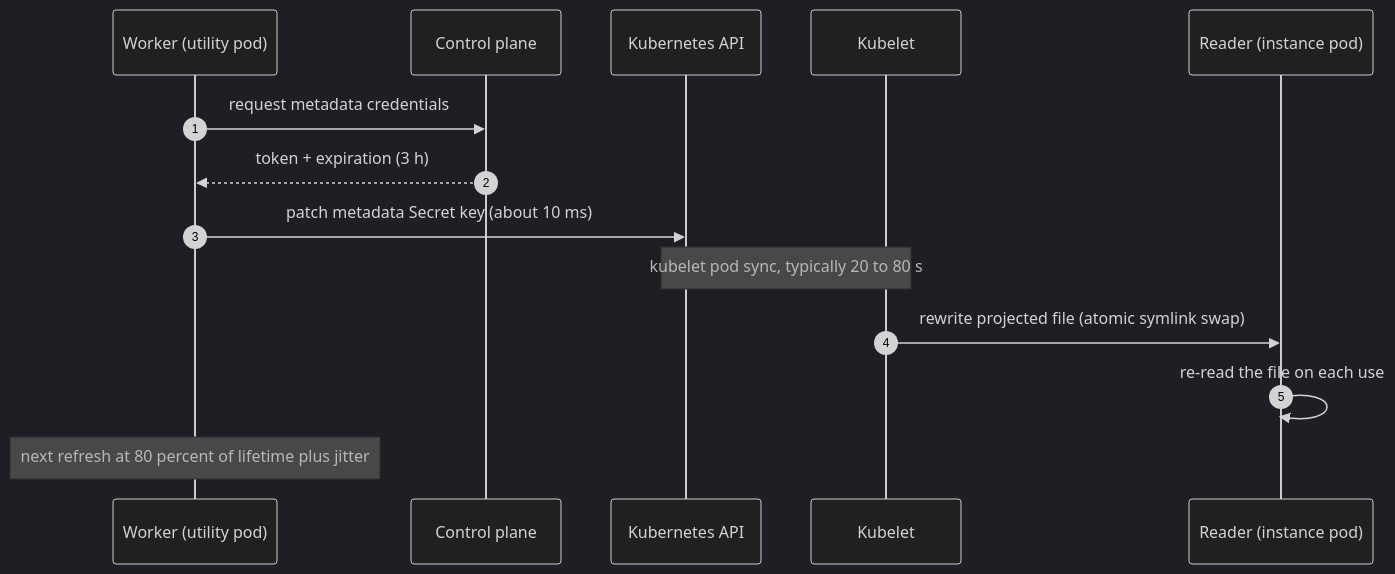
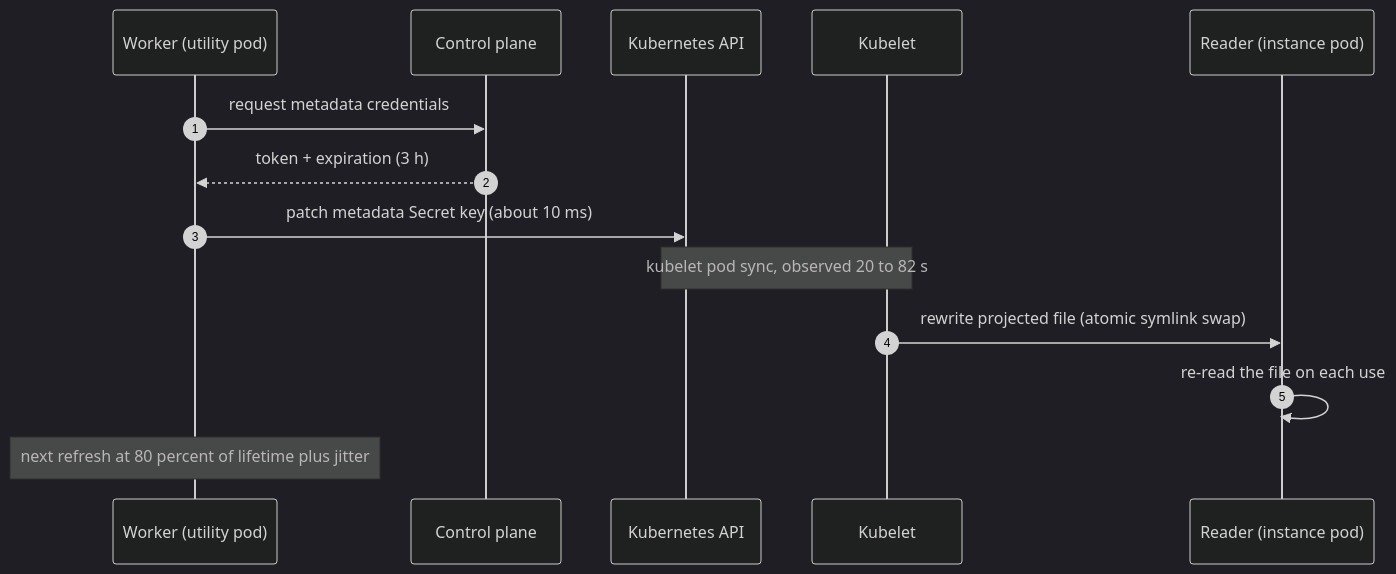
One commit to dsx-ai-factory/nvcf changed the fourth of 4 diagrams in docs/dev/sdd-shared-storage-v2-secrets.md. Above: the diagram before and after it, drawn with Mermaid (dark theme). The commit also changed other lines of this file, not shown here.

````diff
--- a/docs/dev/sdd-shared-storage-v2-secrets.md
+++ b/docs/dev/sdd-shared-storage-v2-secrets.md
@@ -180,16 +184,16 @@
 ```mermaid
 sequenceDiagram
   autonumber
   participant W as Worker (utility pod)
   participant CP as Control plane
   participant API as Kubernetes API
   participant K as Kubelet
   participant R as Reader (instance pod)
   W->>CP: request metadata credentials
   CP-->>W: token + expiration (3 h)
   W->>API: patch metadata Secret key (about 10 ms)
-  Note over API,K: kubelet pod sync, typically 20 to 80 s
+  Note over API,K: kubelet pod sync, observed 20 to 82 s
   K->>R: rewrite projected file (atomic symlink swap)
   R->>R: re-read the file on each use
   Note over W: next refresh at 80 percent of lifetime plus jitter
 ```
````
